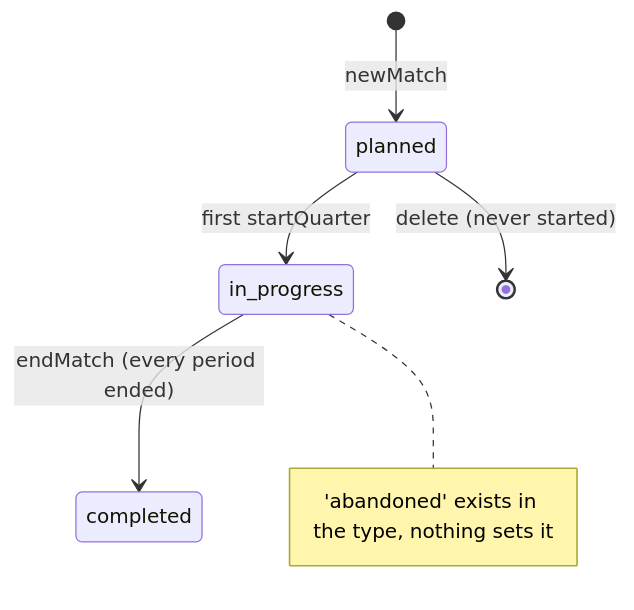
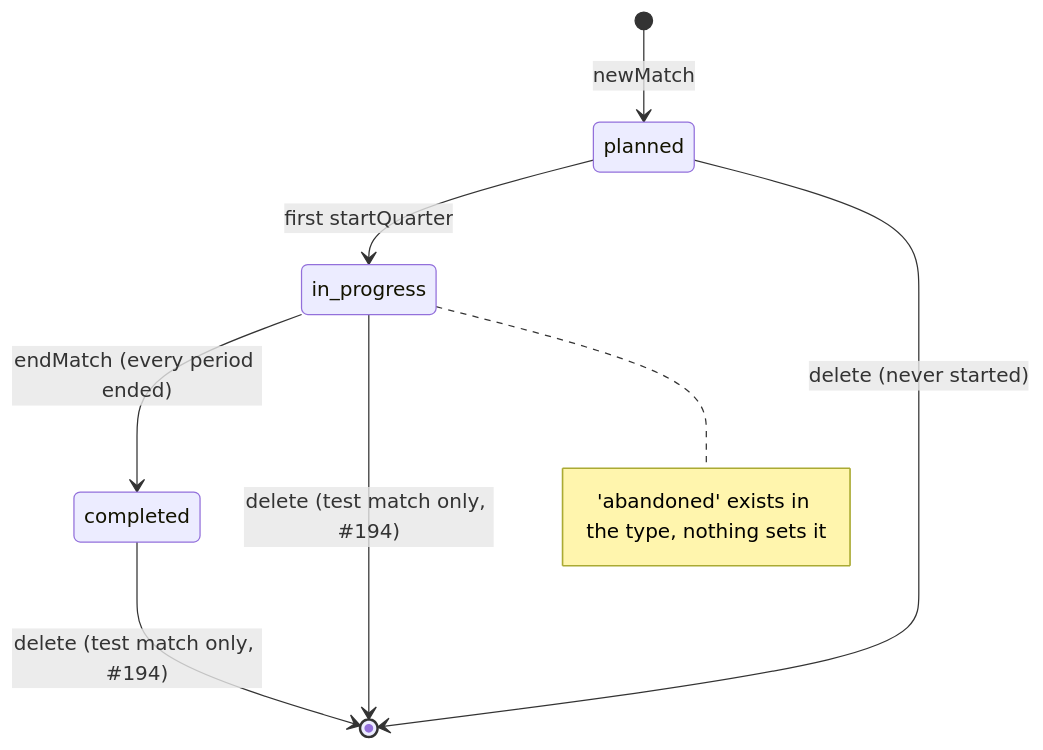
The first of 2 diagrams in docs/domain-models.md (vanstoner/coaching-app), drawn with Mermaid before and after one commit. The commit also changed other lines of this file and 12 other files, not shown here.

First line of the commit message:
Test matches from Settings, never recorded; void a played match with a note

````diff
--- a/docs/domain-models.md
+++ b/docs/domain-models.md
@@ -61,8 +68,10 @@
 ```mermaid
 stateDiagram-v2
     [*] --> planned: newMatch
     planned --> in_progress: first startQuarter
     in_progress --> completed: endMatch (every period ended)
     planned --> [*]: delete (never started)
+    in_progress --> [*]: delete (test match only, #194)
+    completed --> [*]: delete (test match only, #194)
     note right of in_progress: 'abandoned' exists in the type, nothing sets it
 ```
````
